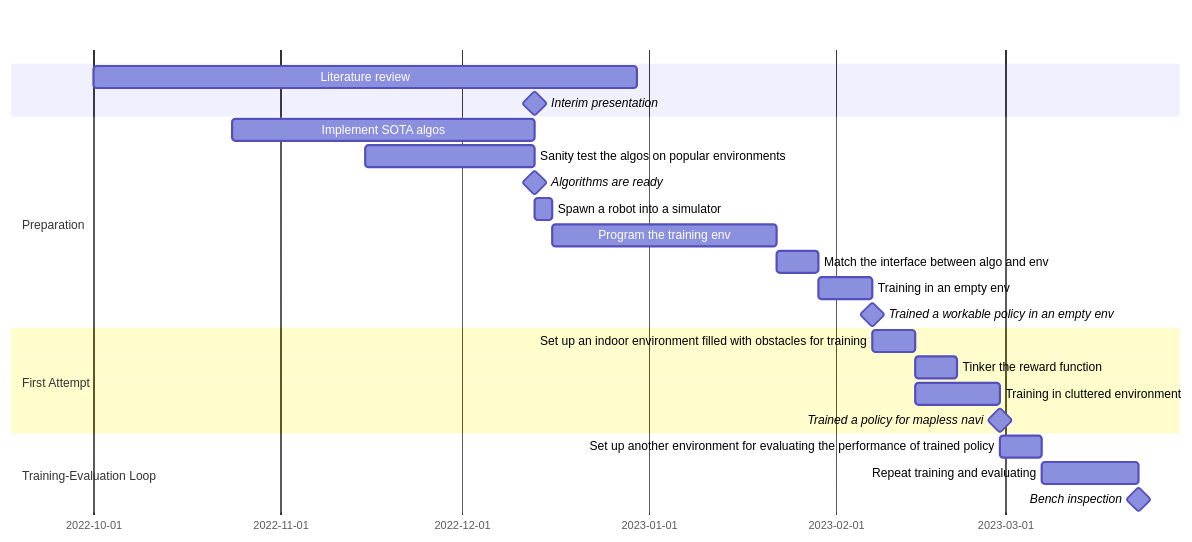
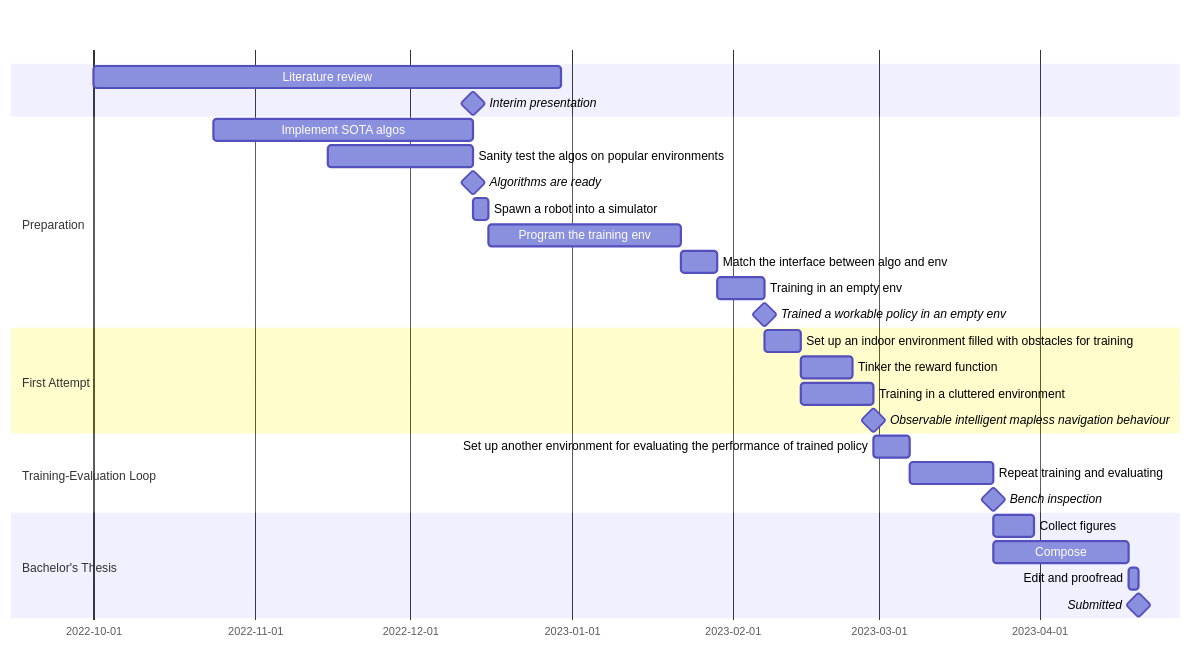
Before and after one commit to minghongx/final-year-project: the diagram in README.md, drawn with Mermaid.

Commit message:
Update Activity Diary

````diff
--- a/README.md
+++ b/README.md
@@ -25,28 +25,34 @@
 ```mermaid
 gantt
     dateFormat  YYYY-MM-DD
 
     Literature review: literature_review, 2022-10-1, 90d
     Interim presentation: milestone, 2022-12-13,
 
     section Preparation
     Implement SOTA algos: 2022-10-24, 50d
     Sanity test the algos on popular environments: test_algo, 2022-11-15, 28d
     Algorithms are ready : milestone, 2022-12-13, 0d
     Spawn a robot into a simulator: load_robot, after test_algo, 3d
     Program the training env: program_env, after load_robot, 37d
     Match the interface between algo and env: match_interface,after program_env, 7d
     Training in an empty env: traning_in_empty_env, after match_interface, 9d
     Trained a workable policy in an empty env: milestone, 2023-2-7,
 
     section First Attempt
     Set up an indoor environment filled with obstacles for training: setup_indoor_env, after traning_in_empty_env, 7d
-    Tinker the reward function: after setup_indoor_env, 7d
-    Training in cluttered environment: training_in_cluttered_env, after setup_indoor_env, 14d
-    Trained a policy for mapless navi: milestone, after training_in_cluttered_env
+    Tinker the reward function: after setup_indoor_env, 10d
+    Training in a cluttered environment: training_in_cluttered_env, after setup_indoor_env, 14d
+    Observable intelligent mapless navigation behaviour: milestone, after training_in_cluttered_env
 
     section Training-Evaluation Loop
     Set up another environment for evaluating the performance of trained policy: setup_devel_env, after training_in_cluttered_env, 7d
     Repeat training and evaluating: train_eval, after setup_devel_env, 2023-03-23
     Bench inspection: milestone, after train_eval
+
+    section Bachelor's Thesis
+    Collect figures: 2023-03-23, 8d
+    Compose: 2023-03-23, 2023-04-18
+    Edit and proofread: 2023-04-18, 2023-04-20
+    Submitted: milestone, 2023-04-20
 ```
````
